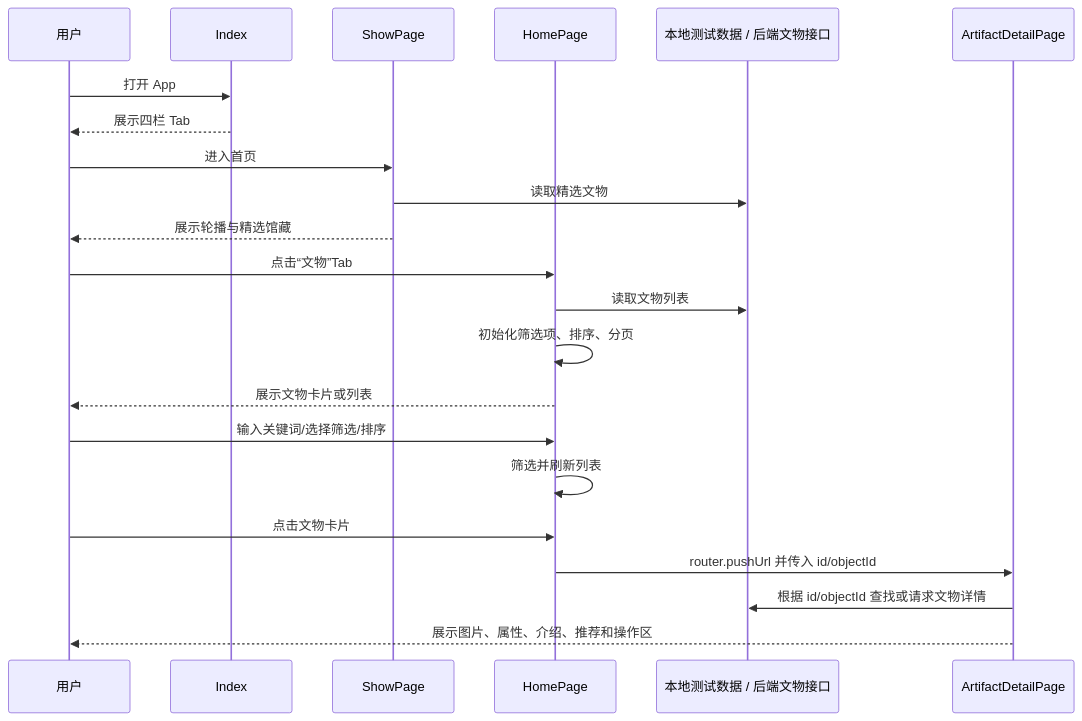
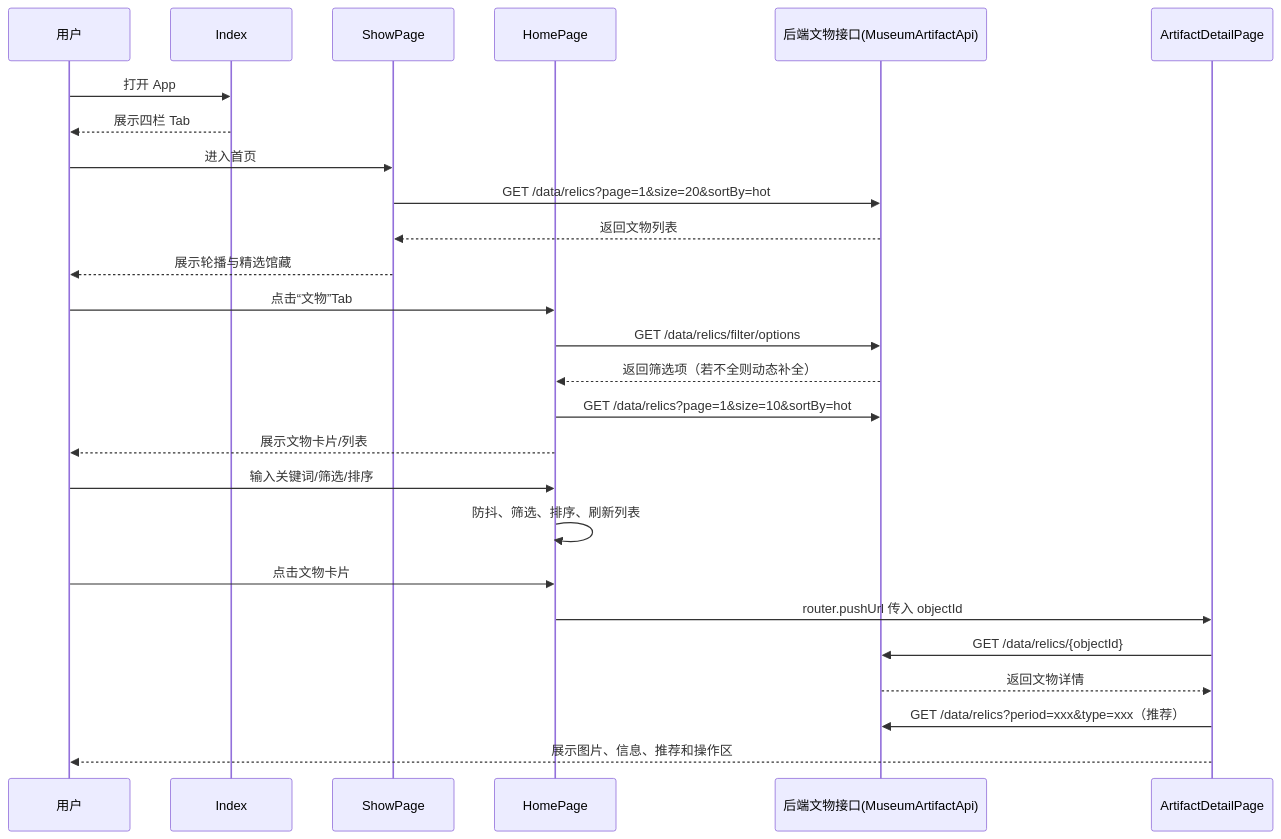
One commit to BUCT-CS2301/PalmMuseum changed the sixth of 18 diagrams in Doc/设计文档.md. Above: the diagram before and after it, drawn with Mermaid. The commit also changed other lines of this file, not shown here.

````diff
--- a/Doc/设计文档.md
+++ b/Doc/设计文档.md
@@ -487,25 +412,29 @@
 ```mermaid
 sequenceDiagram
     participant User as 用户
     participant Index as Index
     participant Show as ShowPage
     participant Home as HomePage
-    participant Data as 本地测试数据 / 后端文物接口
+    participant API as 后端文物接口(MuseumArtifactApi)
     participant Detail as ArtifactDetailPage
 
     User->>Index: 打开 App
     Index-->>User: 展示四栏 Tab
     User->>Show: 进入首页
-    Show->>Data: 读取精选文物
+    Show->>API: GET /data/relics?page=1&size=20&sortBy=hot
+    API-->>Show: 返回文物列表
     Show-->>User: 展示轮播与精选馆藏
     User->>Home: 点击“文物”Tab
-    Home->>Data: 读取文物列表
-    Home->>Home: 初始化筛选项、排序、分页
-    Home-->>User: 展示文物卡片或列表
-    User->>Home: 输入关键词/选择筛选/排序
-    Home->>Home: 筛选并刷新列表
+    Home->>API: GET /data/relics/filter/options
+    API-->>Home: 返回筛选项（若不全则动态补全）
+    Home->>API: GET /data/relics?page=1&size=10&sortBy=hot
+    Home-->>User: 展示文物卡片/列表
+    User->>Home: 输入关键词/筛选/排序
+    Home->>Home: 防抖、筛选、排序、刷新列表
     User->>Home: 点击文物卡片
-    Home->>Detail: router.pushUrl 并传入 id/objectId
-    Detail->>Data: 根据 id/objectId 查找或请求文物详情
-    Detail-->>User: 展示图片、属性、介绍、推荐和操作区
+    Home->>Detail: router.pushUrl 传入 objectId
+    Detail->>API: GET /data/relics/{objectId}
+    API-->>Detail: 返回文物详情
+    Detail->>API: GET /data/relics?period=xxx&type=xxx（推荐）
+    Detail-->>User: 展示图片、信息、推荐和操作区
 ```
````
